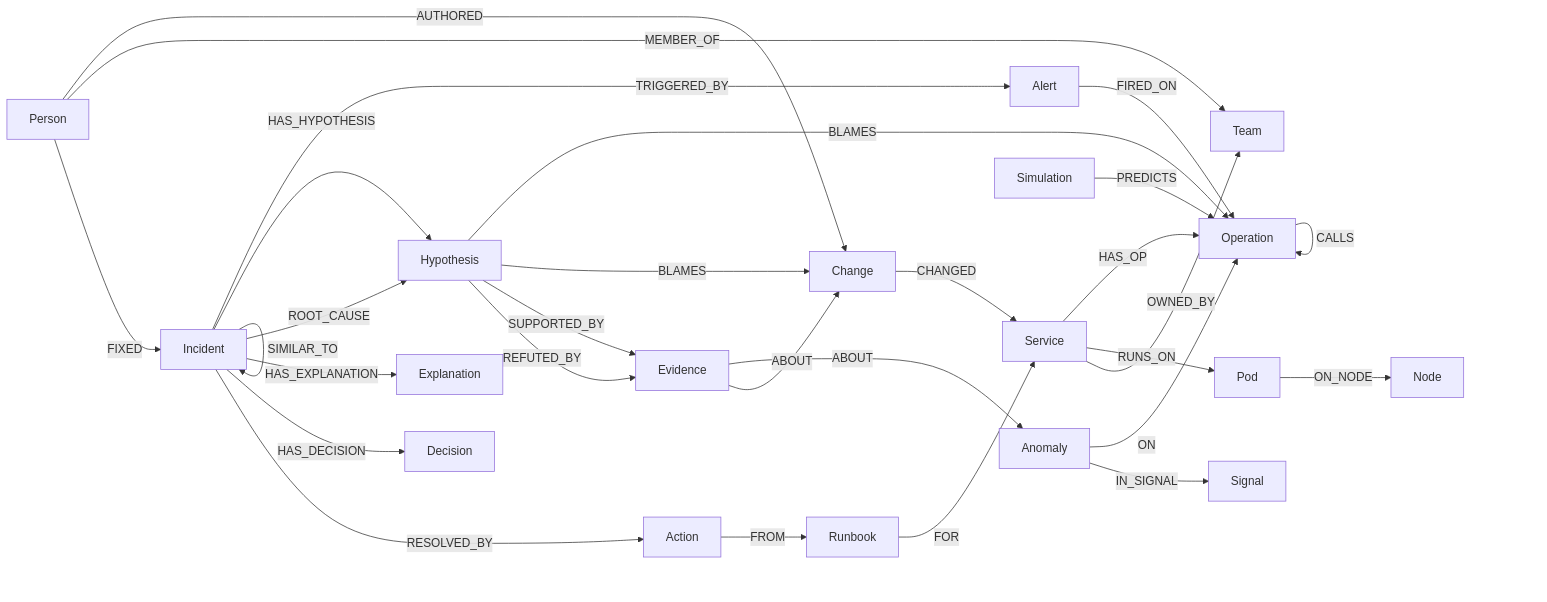
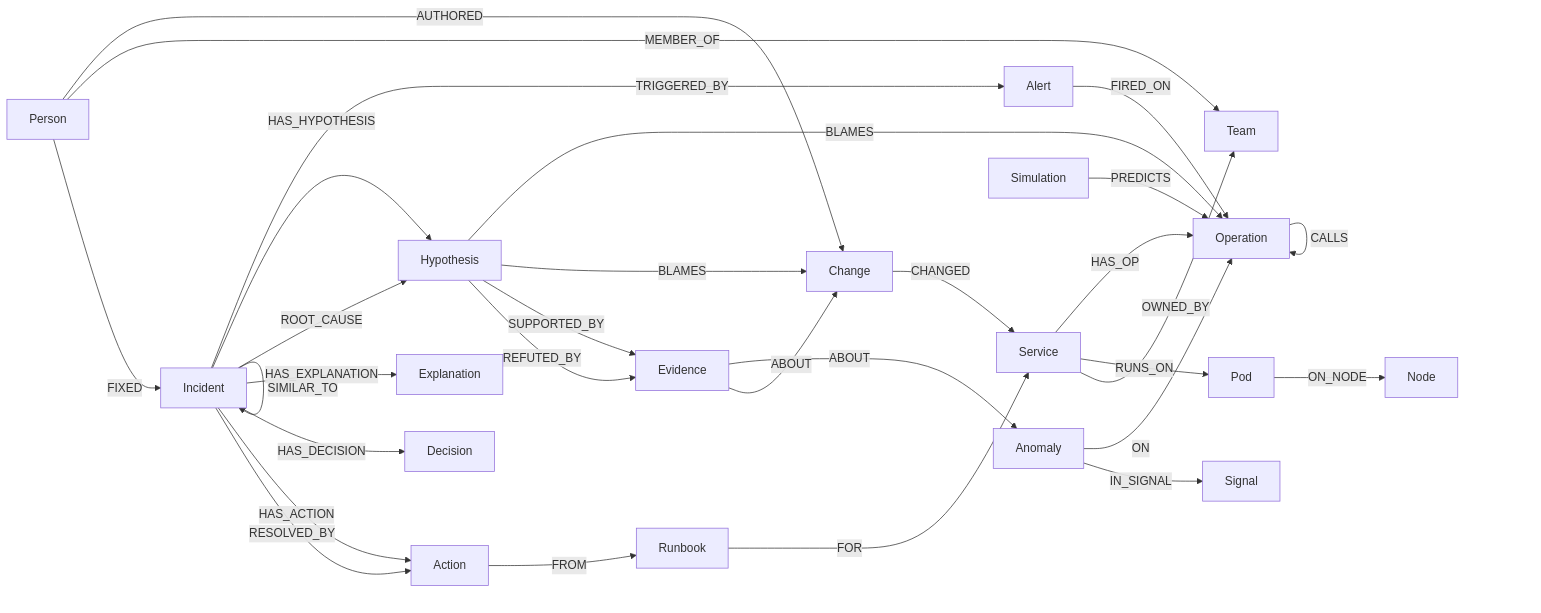
Before and after one commit to Prateek1771/epicenter: the diagram in docs/GRAPH_SCHEMA.md, drawn with Mermaid. The commit also changed other lines of this file and 52 other files, not shown here.

````diff
--- a/docs/GRAPH_SCHEMA.md
+++ b/docs/GRAPH_SCHEMA.md
@@ -24,29 +24,30 @@
 ```mermaid
 flowchart LR
     S[Service] -->|HAS_OP| O[Operation]
     O -->|CALLS| O
     S -->|RUNS_ON| P[Pod] -->|ON_NODE| N[Node]
     CH[Change] -->|CHANGED| S
     PE[Person] -->|AUTHORED| CH
     A[Anomaly] -->|ON| O
     A -->|IN_SIGNAL| SG[Signal]
     I[Incident] -->|TRIGGERED_BY| AL[Alert] -->|FIRED_ON| O
     I -->|HAS_HYPOTHESIS| H[Hypothesis]
     H -->|BLAMES| O
     H -->|BLAMES| CH
     H -->|SUPPORTED_BY| E[Evidence]
     H -->|REFUTED_BY| E
     E -->|ABOUT| A
     E -->|ABOUT| CH
     I -->|ROOT_CAUSE| H
     I -->|HAS_EXPLANATION| X[Explanation]
     I -->|HAS_DECISION| D[Decision]
     I -->|SIMILAR_TO| I
-    I -->|RESOLVED_BY| AC[Action]
+    I -->|HAS_ACTION| AC[Action]
+    I -->|RESOLVED_BY| AC
     AC -->|FROM| RB[Runbook]
     RB -->|FOR| S
     S -->|OWNED_BY| T[Team]
     PE -->|MEMBER_OF| T
     PE -->|FIXED| I
     SIM[Simulation] -->|PREDICTS| O
 ```
````
